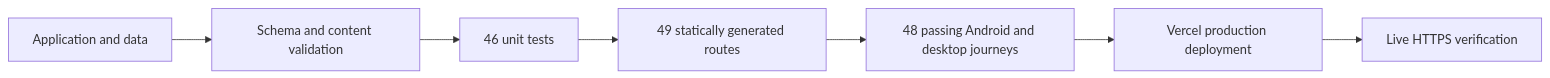
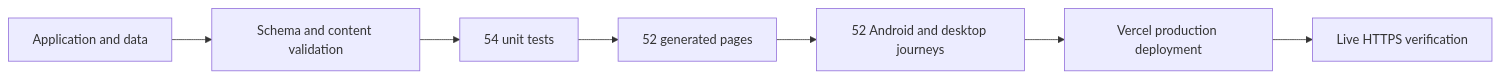
The third of 3 diagrams in README.md (DSGAMING98/kannadada-beru), drawn with Mermaid before and after one commit. The commit also changed other lines of this file and 16 other files, not shown here.

````diff
--- a/README.md
+++ b/README.md
@@ -182,9 +186,9 @@
 ```mermaid
 flowchart LR
     Source[Application and data] --> Validate[Schema and content validation]
-    Validate --> Unit[46 unit tests]
-    Unit --> Build[49 statically generated routes]
-    Build --> Browser[48 passing Android and desktop journeys]
+    Validate --> Unit[54 unit tests]
+    Unit --> Build[52 generated pages]
+    Build --> Browser[52 Android and desktop journeys]
     Browser --> Deploy[Vercel production deployment]
     Deploy --> Live[Live HTTPS verification]
 ```
````
